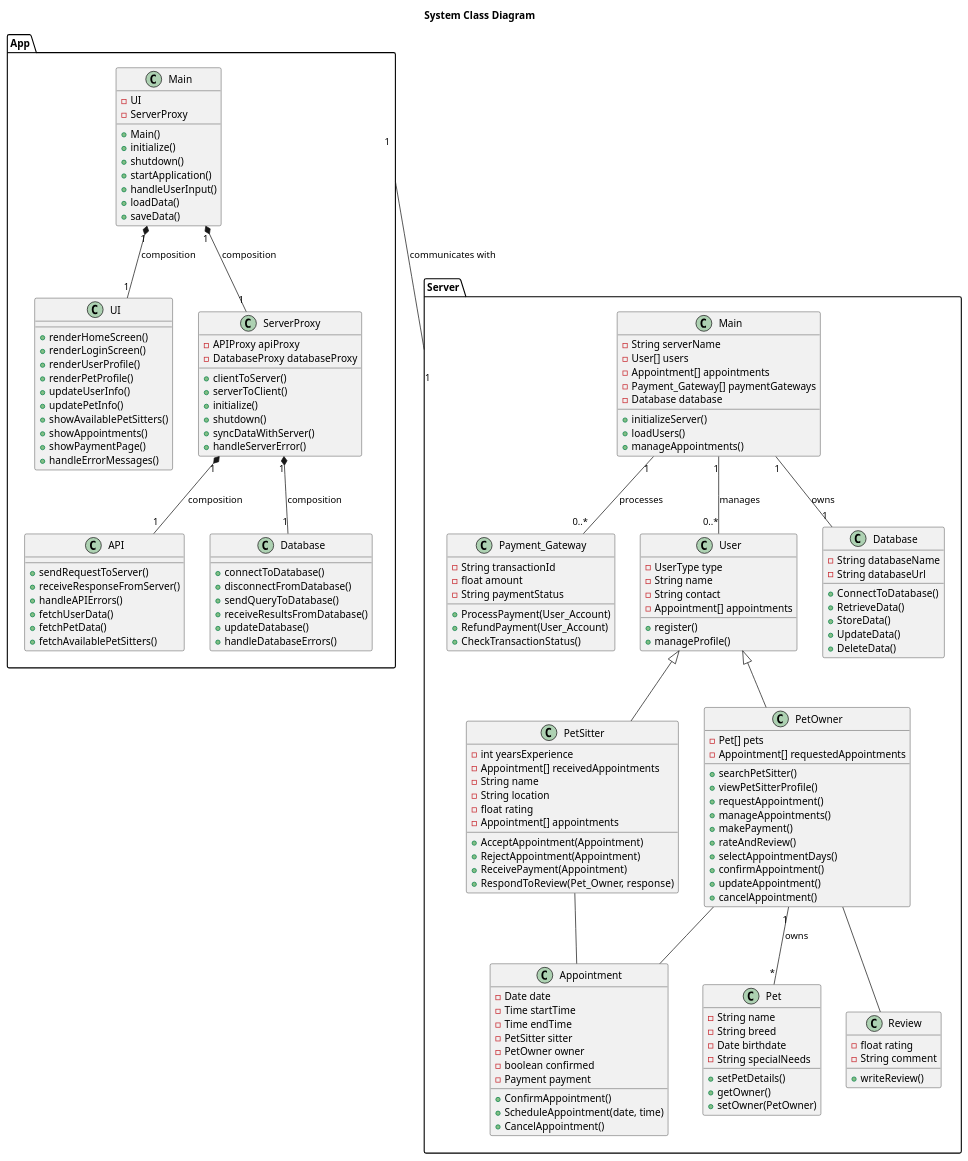
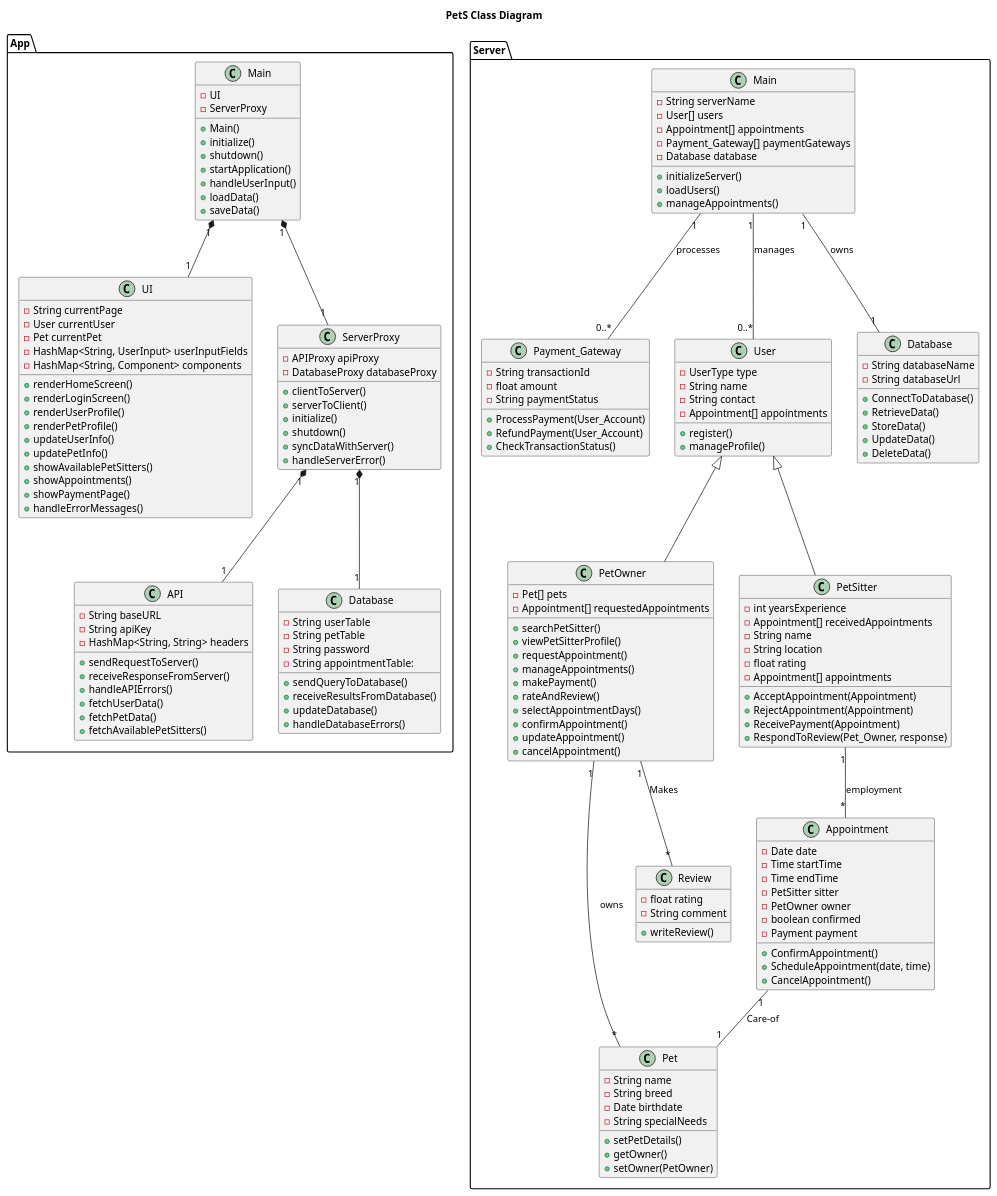
One commit to IrenePorta/PetSitters changed the diagram in Documents/PlantUML/SystemClassDiagram.puml. Above: the diagram before and after it, drawn with PlantUML.

```diff
--- a/Documents/PlantUML/SystemClassDiagram.puml
+++ b/Documents/PlantUML/SystemClassDiagram.puml
@@ -1,181 +1,189 @@
 @startuml
-Title: System Class Diagram
+Title: PetS Class Diagram
 
 package "App" {
 
   class Main {
       - UI
       - ServerProxy
       +Main()
       +initialize()
       +shutdown()
       +startApplication()
       +handleUserInput()
       +loadData()
       +saveData()
   }
     
   class UI {
+      -String currentPage
+      -User currentUser
+      -Pet currentPet
+      -HashMap<String, UserInput> userInputFields
+      -HashMap<String, Component> components
       + renderHomeScreen()
       + renderLoginScreen()
       + renderUserProfile()
       + renderPetProfile()
       + updateUserInfo()
       + updatePetInfo()
       + showAvailablePetSitters()
       + showAppointments()
       + showPaymentPage()
       + handleErrorMessages()
   }
   
   class ServerProxy {
       - APIProxy apiProxy
       - DatabaseProxy databaseProxy
       + clientToServer()
       + serverToClient()
       +initialize()
       +shutdown()
       +syncDataWithServer()
       +handleServerError()
   }
 
   class API {
+      -String baseURL
+      -String apiKey
+      -HashMap<String, String> headers
       +sendRequestToServer()
       +receiveResponseFromServer()
       +handleAPIErrors()
       +fetchUserData()
       +fetchPetData()
       +fetchAvailablePetSitters()
   }
 
   class Database {
-      +connectToDatabase()
-      +disconnectFromDatabase()
+      -String userTable
+      -String petTable
+      -String password
+      -String appointmentTable:
       +sendQueryToDatabase()
       +receiveResultsFromDatabase()
       +updateDatabase()
       +handleDatabaseErrors()
   }
   
-  Main "1" *-- "1" UI: composition
-  Main "1" *-- "1" ServerProxy: composition
-  ServerProxy "1" *-- "1" API: composition
-  ServerProxy "1" *-- "1" Database: composition
+  Main "1" *-- "1" UI
+  Main "1" *-- "1" ServerProxy
+  ServerProxy "1" *-- "1" API
+  ServerProxy "1" *-- "1" Database
 }
 
 
 package "Server" {
 
   class Main {
     -String serverName
     -User[] users
     -Appointment[] appointments
     -Payment_Gateway[] paymentGateways
     -Database database
     +initializeServer()
     +loadUsers()
     +manageAppointments()
   }
 
   class "Payment_Gateway" {
     -String transactionId
     -float amount
     -String paymentStatus
     +ProcessPayment(User_Account)
     +RefundPayment(User_Account)
     +CheckTransactionStatus()
   }
 
   class User {
     -UserType type
     -String name
     -String contact
     -Appointment[] appointments
     +register()
     +manageProfile()
   }
 
   class PetOwner {
     -Pet[] pets
     -Appointment[] requestedAppointments
     +searchPetSitter()
     +viewPetSitterProfile()
     +requestAppointment()
     +manageAppointments()
     +makePayment()
     +rateAndReview()
     +selectAppointmentDays()
     +confirmAppointment()
     +updateAppointment()
     +cancelAppointment()
   }
 
   class PetSitter {
     -int yearsExperience
     -Appointment[] receivedAppointments
     -String name
     -String location
     -float rating
     -Appointment[] appointments
     +AcceptAppointment(Appointment)
     +RejectAppointment(Appointment)
     +ReceivePayment(Appointment)
     +RespondToReview(Pet_Owner, response)
   }
 
   class Pet {
     -String name
     -String breed
     -Date birthdate
     -String specialNeeds
     +setPetDetails()
     +getOwner()
     +setOwner(PetOwner)
   }
 
   class Appointment {
     -Date date
     -Time startTime
     -Time endTime
     -PetSitter sitter
     -PetOwner owner
     -boolean confirmed
     -Payment payment
     +ConfirmAppointment()
     +ScheduleAppointment(date, time)
     +CancelAppointment()
   }
 
   class Review {
     -float rating
     -String comment
     +writeReview()
   }
 
   class "Database" {
     -String databaseName
     -String databaseUrl
     +ConnectToDatabase()
     +RetrieveData()
     +StoreData()
     +UpdateData()
     +DeleteData()
   }
 
   Main "1" -- "0..*" User : manages
   Main "1" -- "0..*" Payment_Gateway : processes
   Main "1" -- "1" Database : owns
 
   User <|-- PetOwner
   User <|-- PetSitter
   PetOwner "1" -- "*" Pet : owns
-  PetOwner -- Appointment
-  PetSitter -- Appointment
-  PetOwner -- Review
+  Appointment "1" -- "1" Pet : Care-of
+  PetSitter "1" -- "*" Appointment : employment
+  PetOwner "1" -- "*" Review : Makes
 
 }
 
-App "1" -- "1" Server : communicates with
-
 
 @enduml
```
